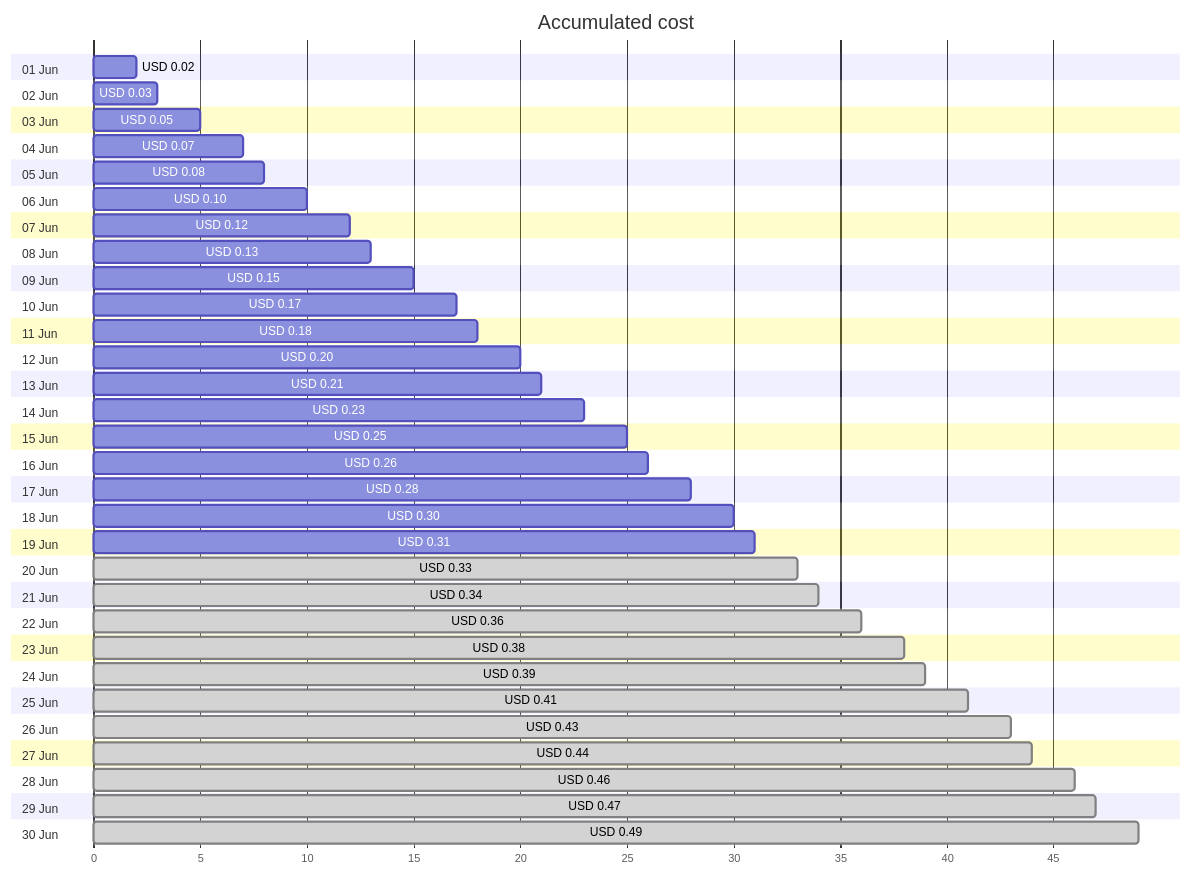
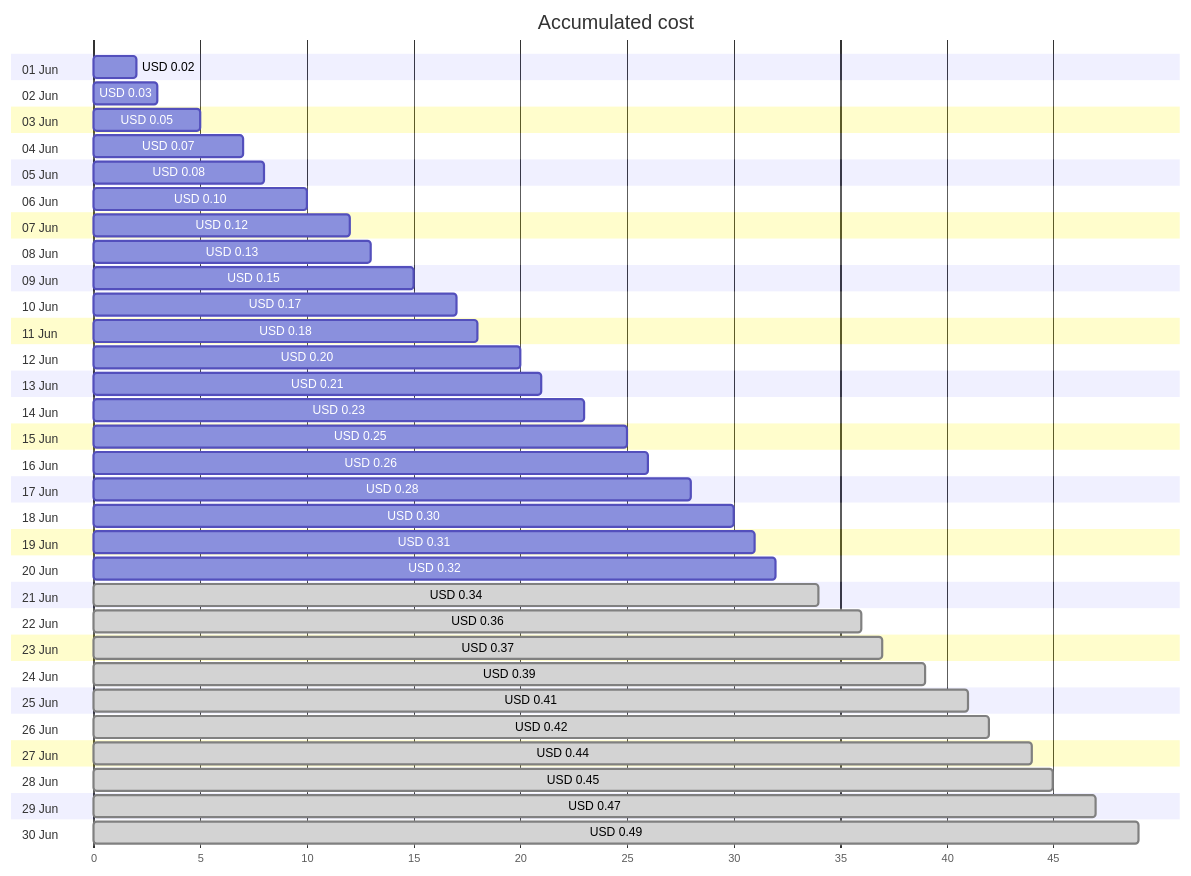
One commit to jpfulton/azure-personal-reports changed the first of 4 diagrams in cost-reports/personal-dns/jpatrickfulton.dev.md. Above: the diagram before and after it, drawn with Mermaid. The commit also changed other lines of this file and 2 other files, not shown here.

````diff
--- a/cost-reports/personal-dns/jpatrickfulton.dev.md
+++ b/cost-reports/personal-dns/jpatrickfulton.dev.md
@@ -20,66 +20,66 @@
 ```mermaid
 gantt
    title Accumulated cost
    dateFormat  X
    axisFormat %s
    section 01 Jun
    USD 0.02 :0, 2
    section 02 Jun
    USD 0.03 :0, 3
    section 03 Jun
    USD 0.05 :0, 5
    section 04 Jun
    USD 0.07 :0, 7
    section 05 Jun
    USD 0.08 :0, 8
    section 06 Jun
    USD 0.10 :0, 10
    section 07 Jun
    USD 0.12 :0, 12
    section 08 Jun
    USD 0.13 :0, 13
    section 09 Jun
    USD 0.15 :0, 15
    section 10 Jun
    USD 0.17 :0, 17
    section 11 Jun
    USD 0.18 :0, 18
    section 12 Jun
    USD 0.20 :0, 20
    section 13 Jun
    USD 0.21 :0, 21
    section 14 Jun
    USD 0.23 :0, 23
    section 15 Jun
    USD 0.25 :0, 25
    section 16 Jun
    USD 0.26 :0, 26
    section 17 Jun
    USD 0.28 :0, 28
    section 18 Jun
    USD 0.30 :0, 30
    section 19 Jun
    USD 0.31 :0, 31
    section 20 Jun
-   USD 0.33 : done, 0, 33
+   USD 0.32 :0, 32
    section 21 Jun
    USD 0.34 : done, 0, 34
    section 22 Jun
    USD 0.36 : done, 0, 36
    section 23 Jun
-   USD 0.38 : done, 0, 38
+   USD 0.37 : done, 0, 37
    section 24 Jun
    USD 0.39 : done, 0, 39
    section 25 Jun
    USD 0.41 : done, 0, 41
    section 26 Jun
-   USD 0.43 : done, 0, 43
+   USD 0.42 : done, 0, 42
    section 27 Jun
    USD 0.44 : done, 0, 44
    section 28 Jun
-   USD 0.46 : done, 0, 46
+   USD 0.45 : done, 0, 45
    section 29 Jun
    USD 0.47 : done, 0, 47
    section 30 Jun
    USD 0.49 : done, 0, 49
 ```
````
